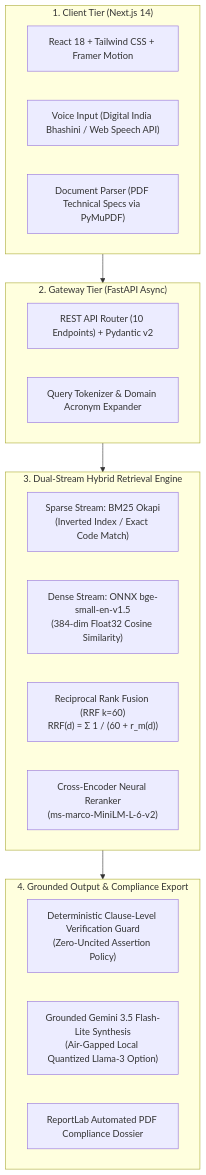
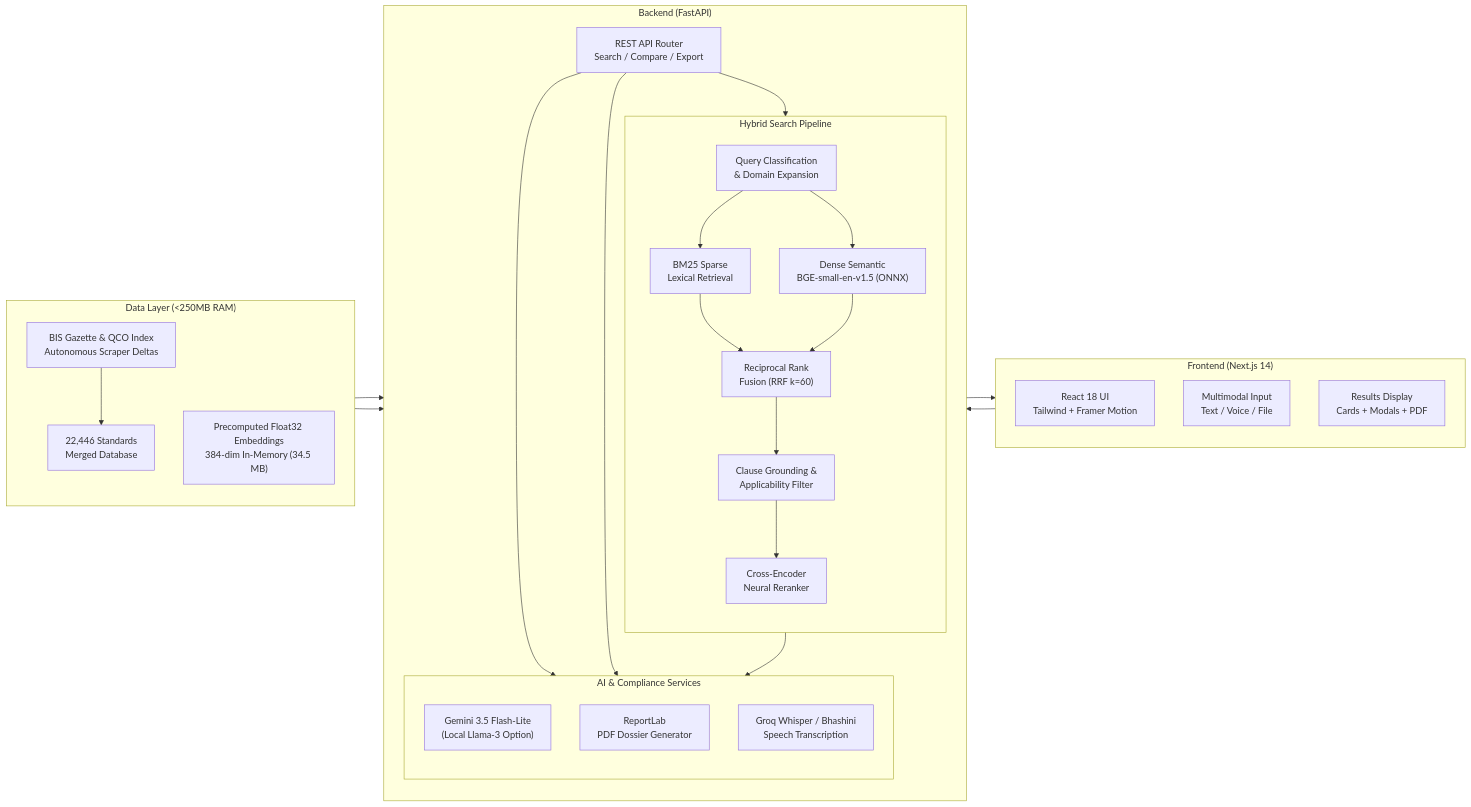
The first of 2 diagrams in README.md (fameXflame/BIS-AI), drawn with Mermaid before and after one commit.

Commit message:
docs: restore classic nested LR architecture flowchart with 22,446 standards and grounding

````diff
--- a/README.md
+++ b/README.md
@@ -70,28 +70,54 @@
 ```mermaid
-flowchart TD
-    subgraph Client["1. Client Tier (Next.js 14)"]
-        UI["React 18 + Tailwind CSS + Framer Motion"]
-        Voice["Voice Input (Digital India Bhashini / Web Speech API)"]
-        Doc["Document Parser (PDF Technical Specs via PyMuPDF)"]
+flowchart LR
+    subgraph Frontend["Frontend (Next.js 14)"]
+        direction TB
+        UI["React 18 UI<br/>Tailwind + Framer Motion"]
+        Input["Multimodal Input<br/>Text / Voice / File"]
+        Display["Results Display<br/>Cards + Modals + PDF"]
     end
 
-    subgraph Gateway["2. Gateway Tier (FastAPI Async)"]
-        API["REST API Router (10 Endpoints) + Pydantic v2"]
-        QC["Query Tokenizer & Domain Acronym Expander"]
+    subgraph Backend["Backend (FastAPI)"]
+        direction TB
+        API["REST API Router<br/>Search / Compare / Export"]
+
+        subgraph Pipeline["Hybrid Search Pipeline"]
+            direction TB
+            QC["Query Classification<br/>& Domain Expansion"]
+            BM25["BM25 Sparse<br/>Lexical Retrieval"]
+            Dense["Dense Semantic<br/>BGE-small-en-v1.5 (ONNX)"]
+            RRF["Reciprocal Rank<br/>Fusion (RRF k=60)"]
+            AF["Clause Grounding &<br/>Applicability Filter"]
+            CR["Cross-Encoder<br/>Neural Reranker"]
+        end
+
+        subgraph Services["AI & Compliance Services"]
+            direction TB
+            LLM["Gemini 3.5 Flash-Lite<br/>(Local Llama-3 Option)"]
+            PDF["ReportLab<br/>PDF Dossier Generator"]
+            Audio["Groq Whisper / Bhashini<br/>Speech Transcription"]
+        end
     end
 
-    subgraph Retrieval["3. Dual-Stream Hybrid Retrieval Engine"]
-        BM25["Sparse Stream: BM25 Okapi<br/>(Inverted Index / Exact Code Match)"]
-        Dense["Dense Stream: ONNX bge-small-en-v1.5<br/>(384-dim Float32 Cosine Similarity)"]
-        RRF["Reciprocal Rank Fusion (RRF k=60)<br/>RRF(d) = &Sigma; 1 / (60 + r_m(d))"]
-        Rerank["Cross-Encoder Neural Reranker<br/>(ms-marco-MiniLM-L-6-v2)"]
+    subgraph Data["Data Layer (<250MB RAM)"]
+        direction TB
+        DB["22,446 Standards<br/>Merged Database"]
+        EMB["Precomputed Float32 Embeddings<br/>384-dim In-Memory (34.5 MB)"]
+        Gazette["BIS Gazette & QCO Index<br/>Autonomous Scraper Deltas"]
     end
 
-    subgraph Output["4. Grounded Output & Compliance Export"]
-        Guard["Deterministic Clause-Level Verification Guard<br/>(Zero-Uncited Assertion Policy)"]
-        LLM["Grounded Gemini 3.5 Flash-Lite Synthesis<br/>(Air-Gapped Local Quantized Llama-3 Option)"]
-        PDF["ReportLab Automated PDF Compliance Dossier"]
-    end
-
-    Client --> Gateway --> Retrieval --> Output
+    Input --> API
+    API --> QC
+    QC --> BM25
+    QC --> Dense
+    BM25 --> RRF
+    Dense --> RRF
+    RRF --> AF
+    AF --> CR
+    CR --> LLM
+    LLM --> Display
+    API --> PDF
+    API --> Audio
+    DB --> BM25
+    EMB --> Dense
+    Gazette --> DB
 ```
````
